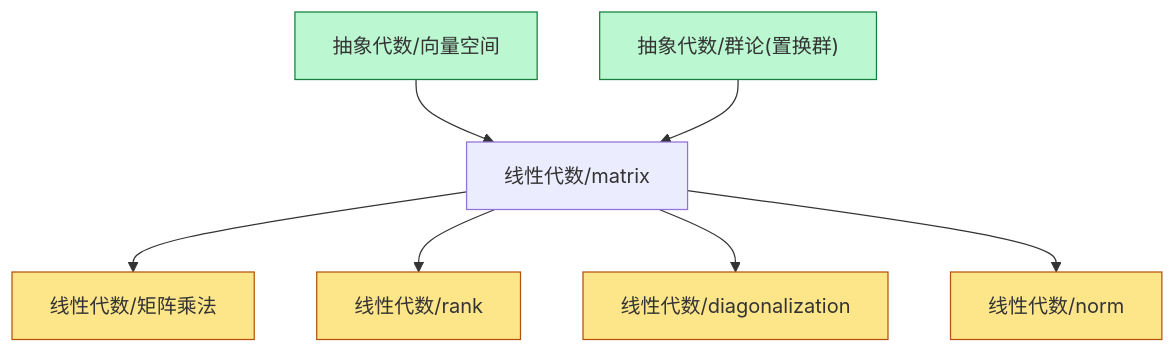
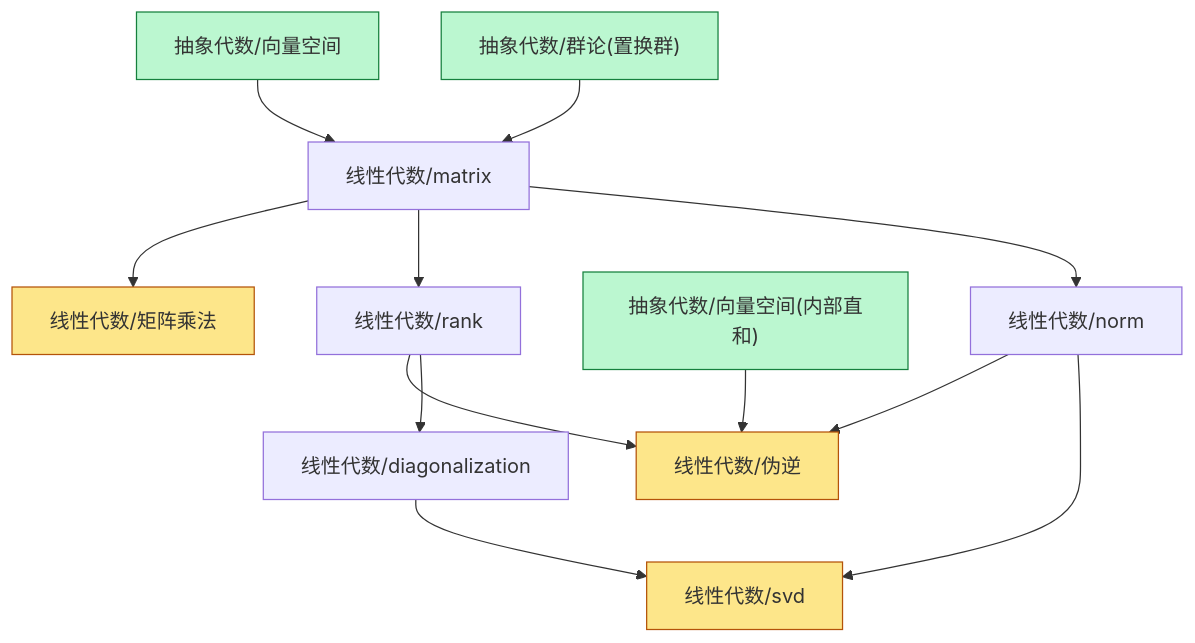
The diagram in content/线性代数/dependency_graph.md (zeroDtree/zeroDtree.github.io), drawn with Mermaid before and after one commit. The commit also changed 9 other files, not shown here.

````diff
--- a/content/线性代数/dependency_graph.md
+++ b/content/线性代数/dependency_graph.md
@@ -1,13 +1,18 @@
 ```mermaid
 graph TD
-1["线性代数/matrix"] --> 0["线性代数/矩阵乘法"]
-1["线性代数/matrix"] --> 2["线性代数/rank"]
-3["抽象代数/向量空间"] --> 1["线性代数/matrix"]
-4["抽象代数/群论(置换群)"] --> 1["线性代数/matrix"]
-1["线性代数/matrix"] --> 5["线性代数/diagonalization"]
-1["线性代数/matrix"] --> 6["线性代数/norm"]
+1["线性代数/rank"] --> 0["线性代数/伪逆"]
+2["线性代数/norm"] --> 0["线性代数/伪逆"]
+3["抽象代数/向量空间(内部直和)"] --> 0["线性代数/伪逆"]
+5["线性代数/matrix"] --> 4["线性代数/矩阵乘法"]
+5["线性代数/matrix"] --> 1["线性代数/rank"]
+6["抽象代数/向量空间"] --> 5["线性代数/matrix"]
+7["抽象代数/群论(置换群)"] --> 5["线性代数/matrix"]
+1["线性代数/rank"] --> 8["线性代数/diagonalization"]
+8["线性代数/diagonalization"] --> 9["线性代数/svd"]
+2["线性代数/norm"] --> 9["线性代数/svd"]
+5["线性代数/matrix"] --> 2["线性代数/norm"]
 classDef leaf fill:#fde68a,stroke:#b45309
-class 0,2,5,6 leaf
+class 0,4,9 leaf
 classDef foundationRoot fill:#bbf7d0,stroke:#15803d
-class 3,4 foundationRoot
+class 3,6,7 foundationRoot
 ```
````
